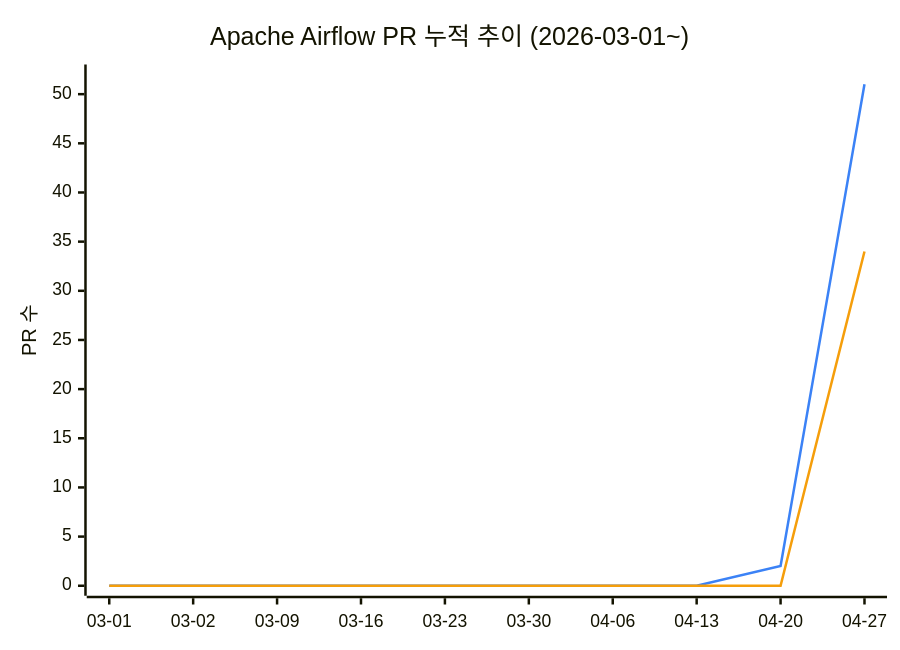
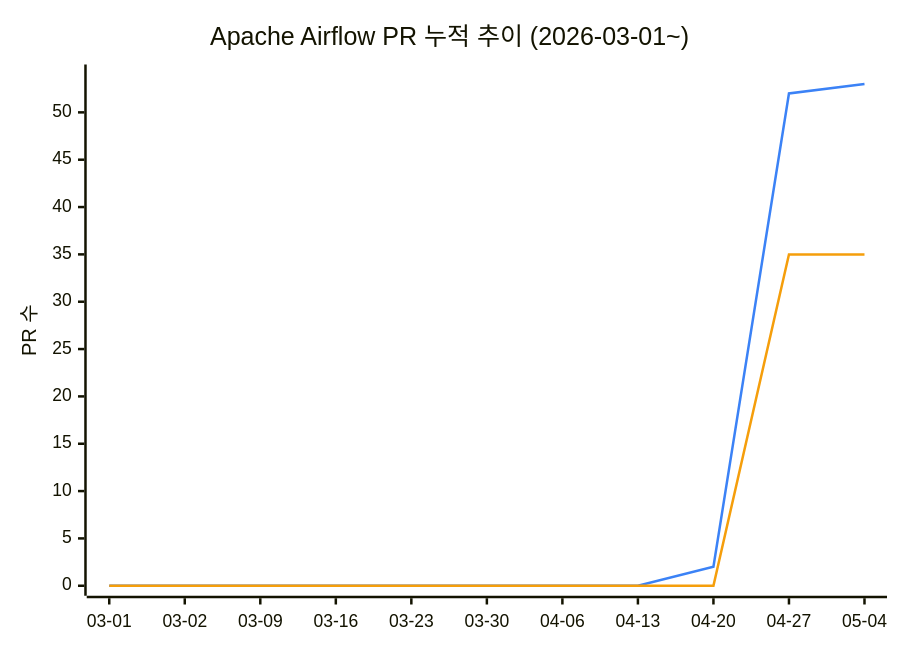
Before and after one commit to AirflowKorea/ossca: the diagram in README.md, drawn with Mermaid. The commit also changed other lines of this file, not shown here.

````diff
--- a/README.md
+++ b/README.md
@@ -11,9 +11,9 @@
 ```mermaid
 %%{init: {"themeVariables": {"xyChart": {"plotColorPalette": "#3b82f6, #f59e0b"}}}}%%
 xychart-beta
     title "Apache Airflow PR 누적 추이 (2026-03-01~)"
-    x-axis ["03-01", "03-02", "03-09", "03-16", "03-23", "03-30", "04-06", "04-13", "04-20", "04-27"]
-    y-axis "PR 수" 0 --> 52
-    line [0, 0, 0, 0, 0, 0, 0, 0, 2, 51]
-    line [0, 0, 0, 0, 0, 0, 0, 0, 0, 34]
+    x-axis ["03-01", "03-02", "03-09", "03-16", "03-23", "03-30", "04-06", "04-13", "04-20", "04-27", "05-04"]
+    y-axis "PR 수" 0 --> 54
+    line [0, 0, 0, 0, 0, 0, 0, 0, 2, 52, 53]
+    line [0, 0, 0, 0, 0, 0, 0, 0, 0, 35, 35]
 ```
````
